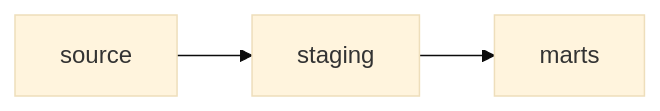
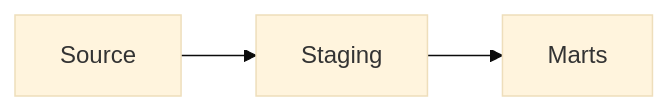
The sixth of 8 diagrams in docs/rules.md (autotraderuk/oliver-twist), drawn with Mermaid (base theme) before and after one commit. The commit also changed other lines of this file and 23 other files, not shown here.

First line of the commit message:
Improve diagrams in rule description docs (#20)

````diff
--- a/docs/rules.md
+++ b/docs/rules.md
@@ -69,4 +99,4 @@
 ```mermaid
 graph LR
-   source --> staging --> marts
+  Source --> Staging --> Marts
 ```
````
